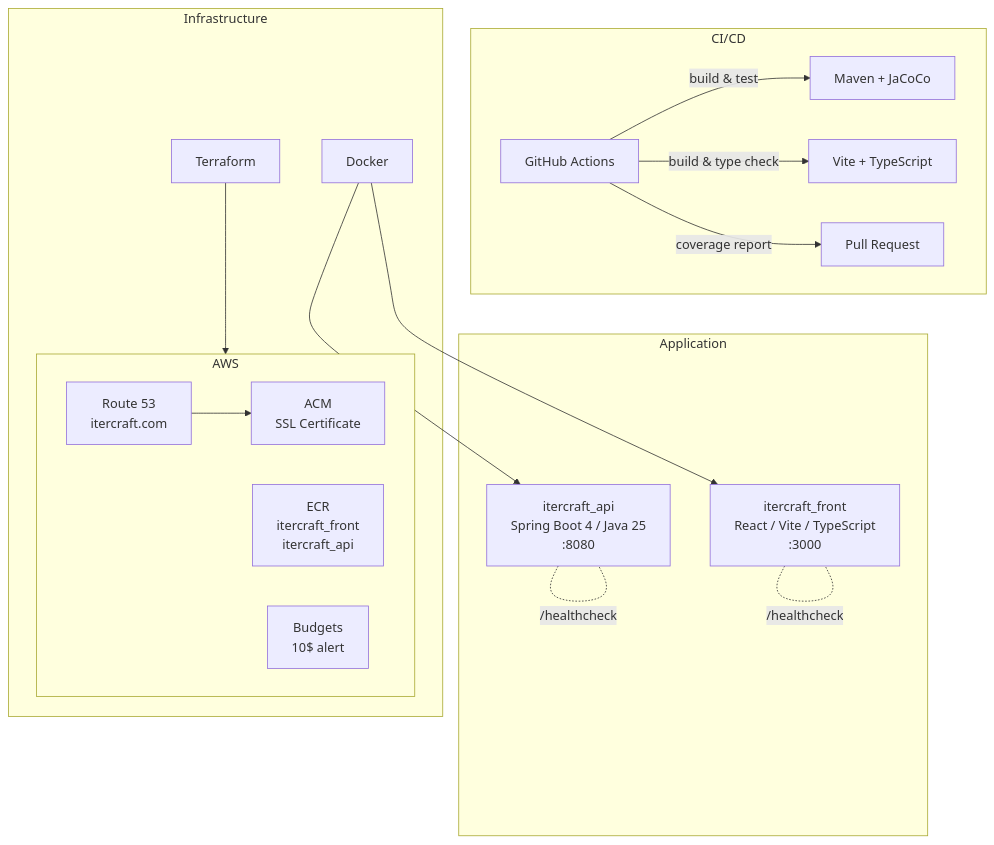
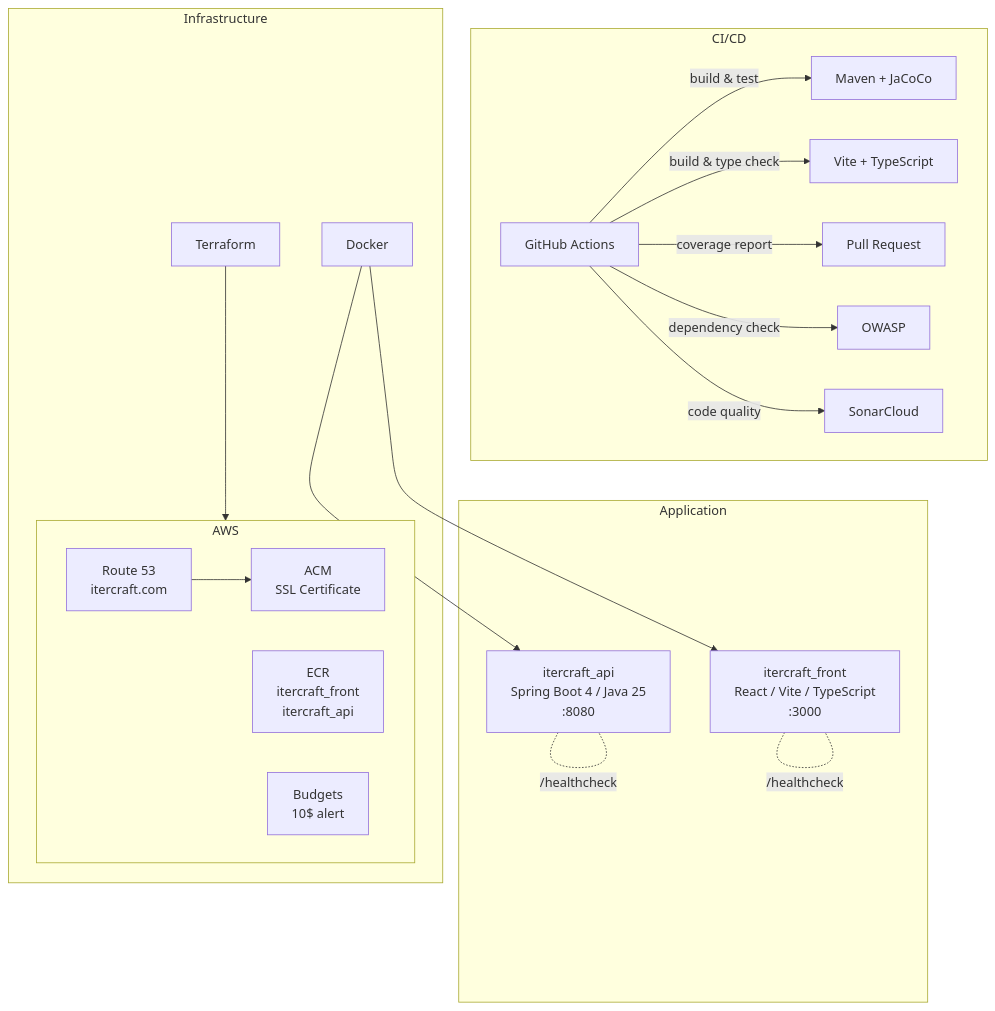
One commit to neodatsu/itercraft changed the diagram in README.md. Above: the diagram before and after it, drawn with Mermaid. The commit also changed other lines of this file, not shown here.

````diff
--- a/README.md
+++ b/README.md
@@ -9,32 +9,34 @@
 ```mermaid
 graph TB
     subgraph CI/CD
         GH[GitHub Actions]
         GH -->|build & test| MVN[Maven + JaCoCo]
         GH -->|build & type check| VITE[Vite + TypeScript]
         GH -->|coverage report| PR[Pull Request]
+        GH -->|dependency check| OWASP[OWASP]
+        GH -->|code quality| SONAR[SonarCloud]
     end
 
     subgraph AWS
         R53[Route 53<br/>itercraft.com]
         ACM[ACM<br/>SSL Certificate]
         ECR[ECR<br/>itercraft_front<br/>itercraft_api]
         BUD[Budgets<br/>10$ alert]
         R53 --> ACM
     end
 
     subgraph Application
         API[itercraft_api<br/>Spring Boot 4 / Java 25<br/>:8080]
         FRONT[itercraft_front<br/>React / Vite / TypeScript<br/>:3000]
         API -.-|/healthcheck| API
         FRONT -.-|/healthcheck| FRONT
     end
 
     subgraph Infrastructure
         TF[Terraform]
         DOCKER[Docker]
         TF --> AWS
         DOCKER --> API
         DOCKER --> FRONT
     end
 ```
````
